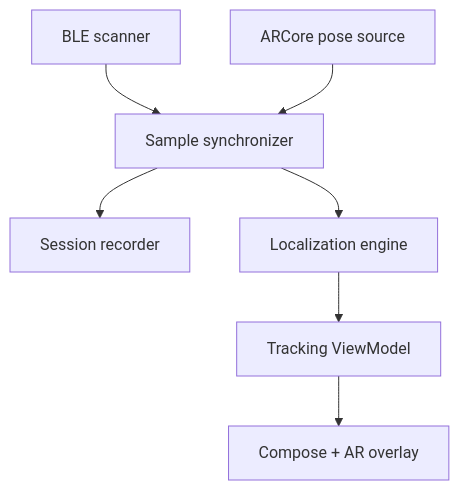
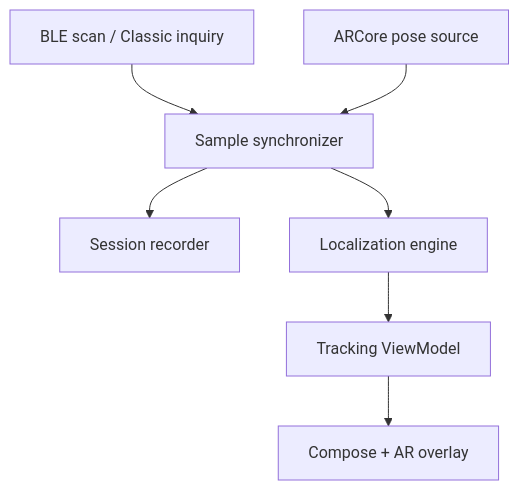
The diagram in docs/IMPLEMENTATION_PLAN.md (jakob1379/find-with-ar), drawn with Mermaid before and after one commit. The commit also changed other lines of this file and 5 other files, not shown here.

````diff
--- a/docs/IMPLEMENTATION_PLAN.md
+++ b/docs/IMPLEMENTATION_PLAN.md
@@ -123,9 +123,9 @@
 ```mermaid
 flowchart TD
-    BLE["BLE scanner"] --> SYNC["Sample synchronizer"]
+    BT["BLE scan / Classic inquiry"] --> SYNC["Sample synchronizer"]
     AR["ARCore pose source"] --> SYNC
     SYNC --> REC["Session recorder"]
     SYNC --> LOC["Localization engine"]
     LOC --> VM["Tracking ViewModel"]
     VM --> UI["Compose + AR overlay"]
 ```
````
